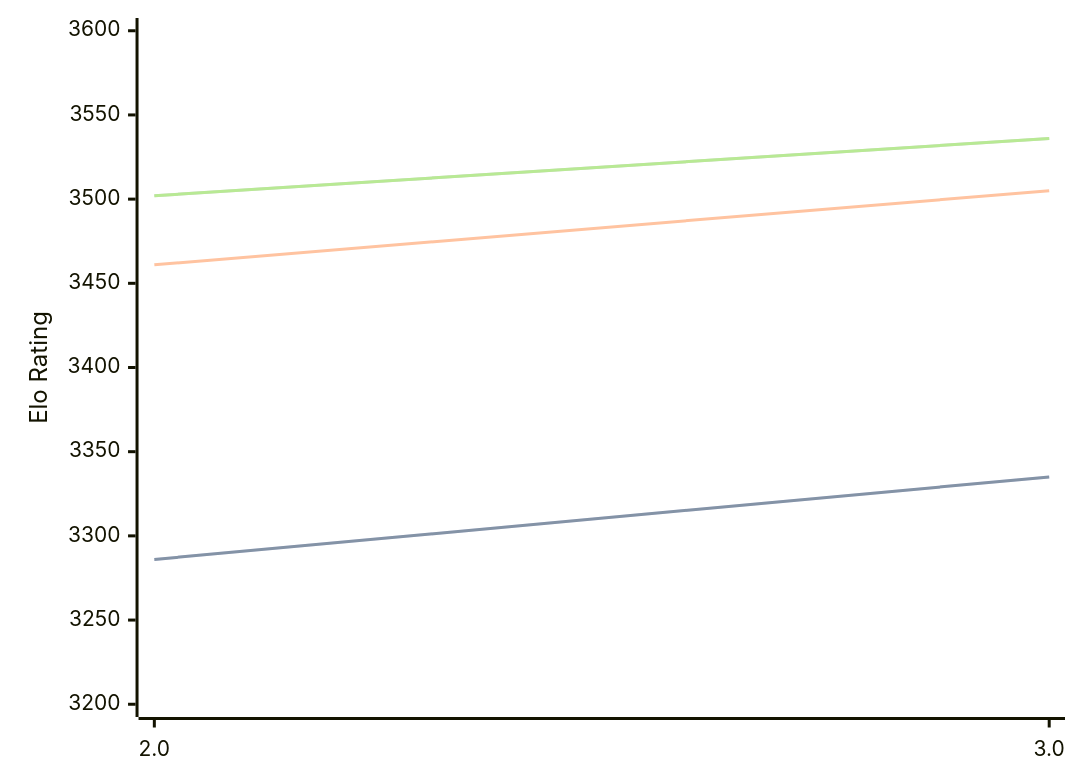
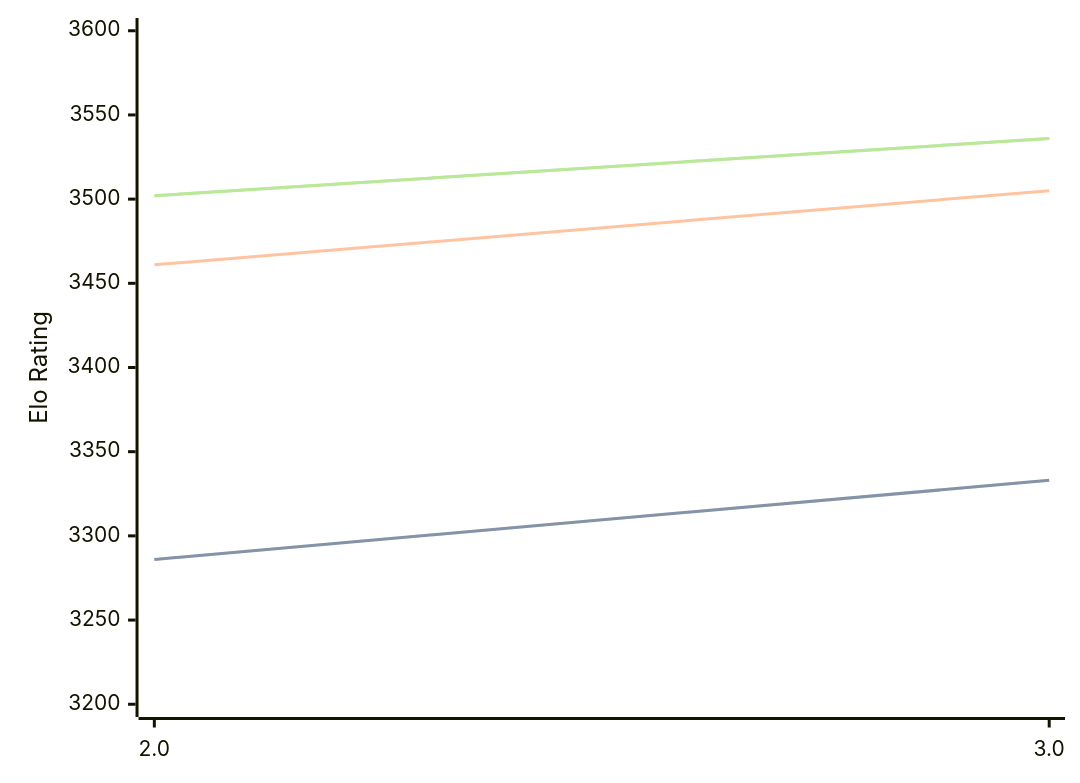
Before and after one commit to computer-chess-index/cci: the diagram in engines/Quanticade.md, drawn with Mermaid. The commit also changed other lines of this file, not shown here.

````diff
--- a/engines/Quanticade.md
+++ b/engines/Quanticade.md
@@ -32,11 +32,11 @@
 ```mermaid
 %%{init: {"theme":"base","themeVariables":{"seriesColors:['#a3a3a3','#222221','#faa371']}}}%%
 xychart-beta
   x-axis ["2.0", "3.0"]
   y-axis "Elo Rating" 3200 --> 3600
-  line "STC (8.0+0.08s)" [3286, 3335]
-  line "STC (8.0+0.08s)" [3286, 3335]
+  line "STC (8.0+0.08s)" [3286, 3333]
+  line "STC (8.0+0.08s)" [3286, 3333]
   line "LTC (60.0+0.60s)" [3461, 3505]
   line "VLTC (2m24s+1.12s)" [3502, 3536]
   line "VLTC (2m24s+1.12s)" [3502, 3536]
 ```
````
